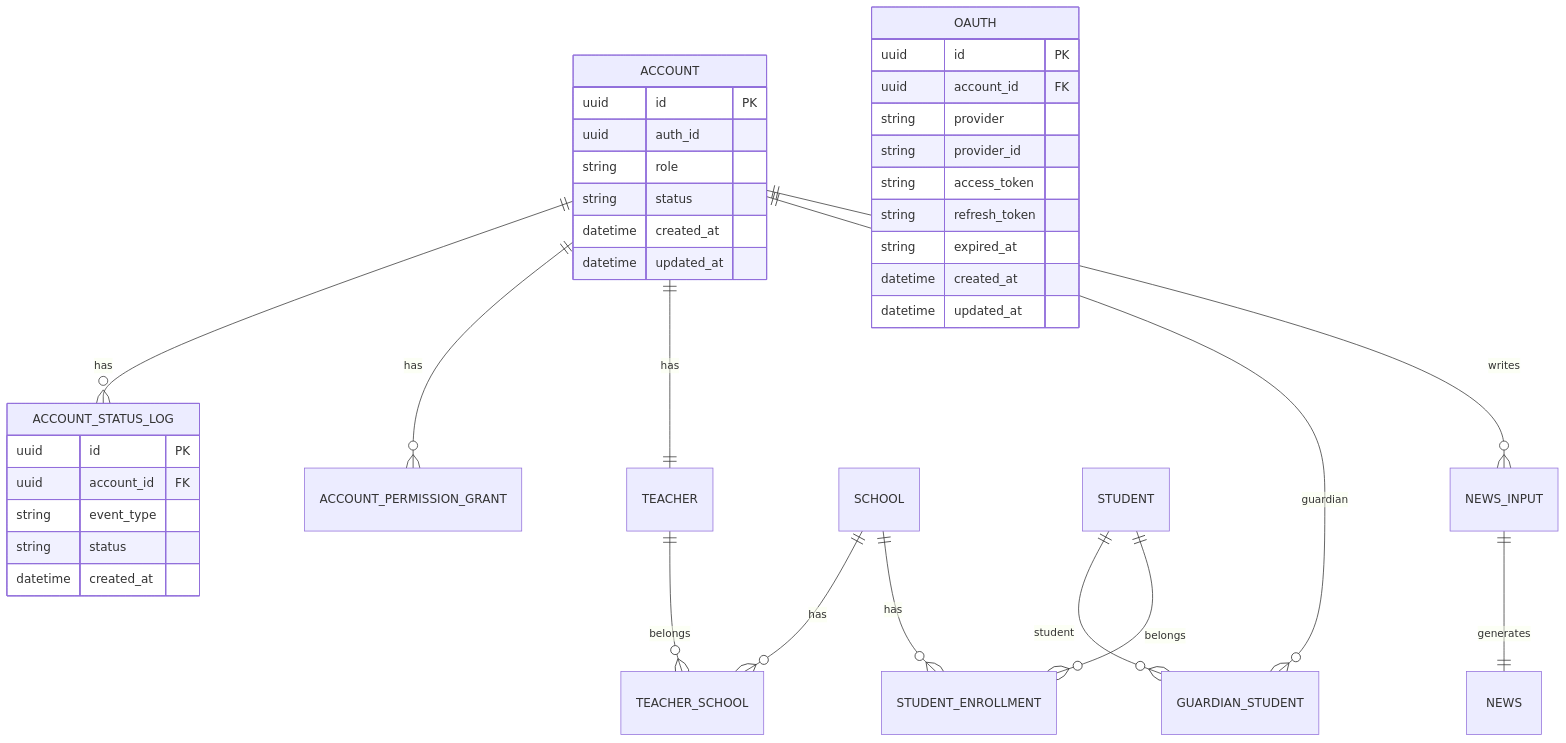
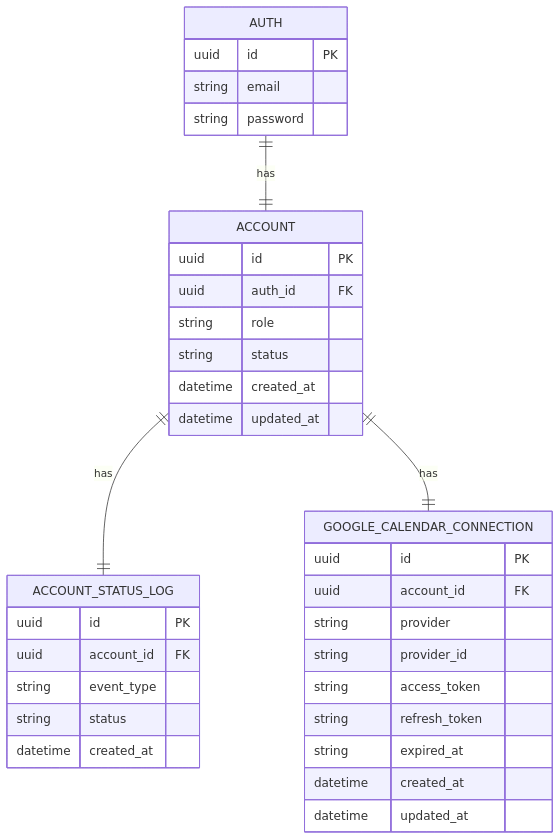
One commit to hiro-nono/team_z changed the diagram in README.md. Above: the diagram before and after it, drawn with Mermaid. The commit also changed 17 other files, not shown here.

````diff
--- a/README.md
+++ b/README.md
@@ -86,47 +86,41 @@
 ```mermaid
 erDiagram
-    ACCOUNT ||--o{ ACCOUNT_STATUS_LOG : has
-    ACCOUNT ||--o{ ACCOUNT_PERMISSION_GRANT : has
+    AUTH ||--|| ACCOUNT : has
+    ACCOUNT ||--|| ACCOUNT_STATUS_LOG : has
+    ACCOUNT ||--|| GOOGLE_CALENDAR_CONNECTION : has
 
-    ACCOUNT ||--|| TEACHER : has
-    TEACHER ||--o{ TEACHER_SCHOOL : belongs
-    SCHOOL ||--o{ TEACHER_SCHOOL : has
-
-    ACCOUNT ||--o{ GUARDIAN_STUDENT : guardian
-    STUDENT ||--o{ GUARDIAN_STUDENT : student
-
-    SCHOOL ||--o{ STUDENT_ENROLLMENT : has
-    STUDENT ||--o{ STUDENT_ENROLLMENT : belongs
-
-    ACCOUNT ||--o{ NEWS_INPUT : writes
-    NEWS_INPUT ||--|| NEWS : generates
+    AUTH {
+        uuid id PK
+        string email
+        string password
+    }
 
     ACCOUNT {
         uuid id PK
-        uuid auth_id
+        uuid auth_id FK
         string role
         string status
         datetime created_at
         datetime updated_at
     }
 
     ACCOUNT_STATUS_LOG {
         uuid id PK
         uuid account_id FK
         string event_type
         string status
         datetime created_at
     }
 
-    OAUTH {
+    GOOGLE_CALENDAR_CONNECTION {
         uuid id PK
         uuid account_id FK
         string provider
         string provider_id
         string access_token
         string refresh_token
         string expired_at
         datetime created_at
         datetime updated_at
     }
 ```
````
